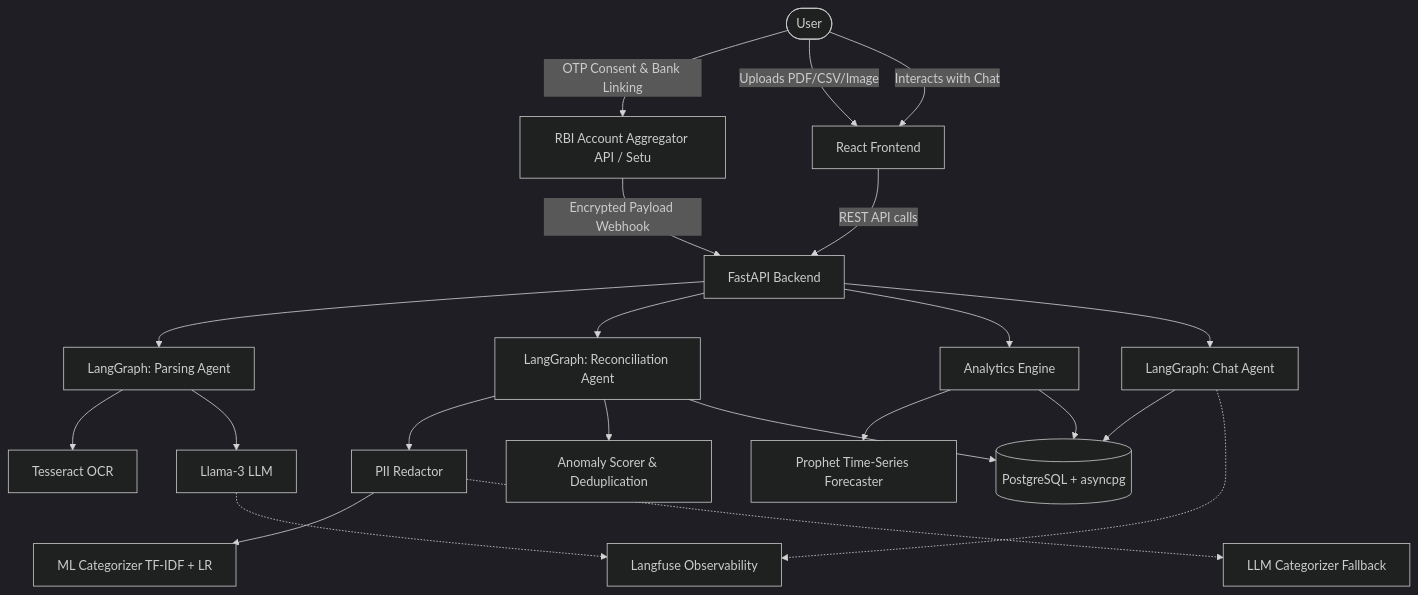
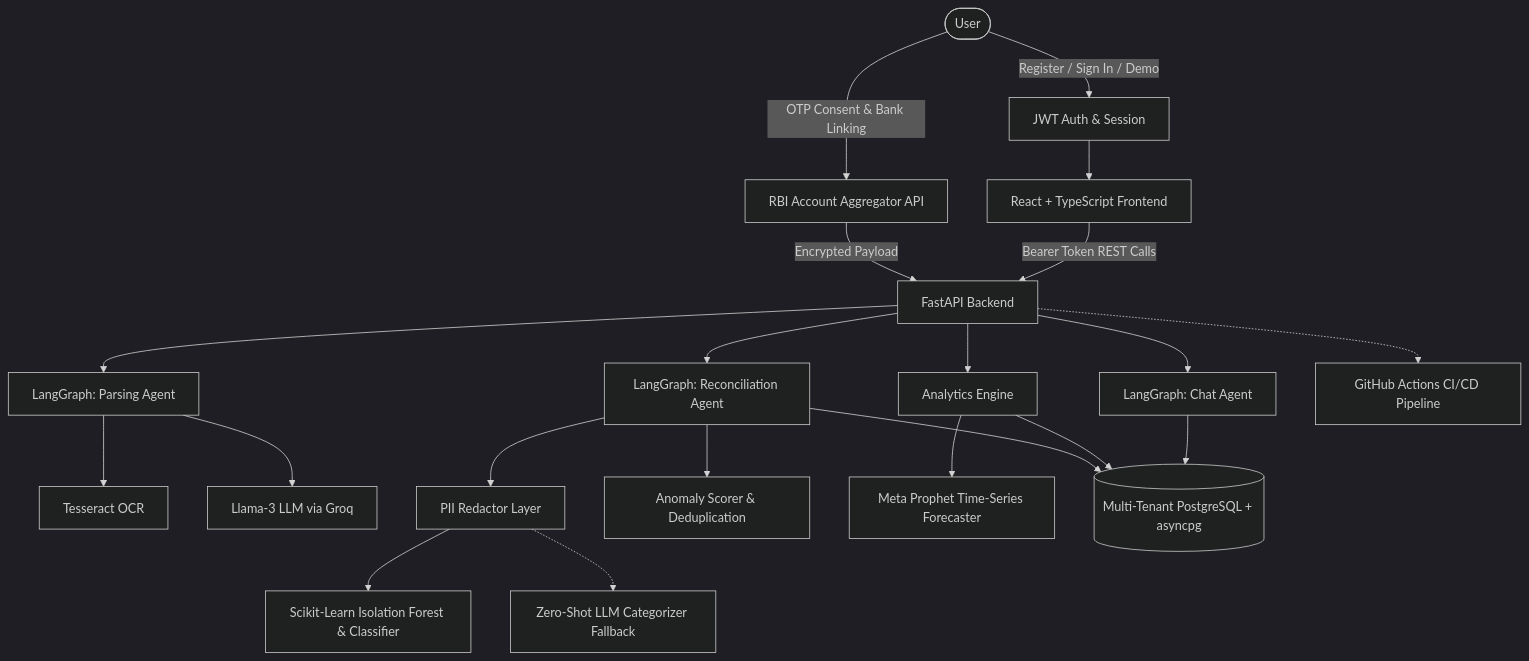
The diagram in README.md (keerthika2004/Personal-finance-assistant), drawn with Mermaid (dark theme) before and after one commit. The commit also changed other lines of this file and 21 other files, not shown here.

Commit message:
feat: add multi-tenant auth, CI/CD pipeline, and update README

````diff
--- a/README.md
+++ b/README.md
@@ -55,37 +76,36 @@
 ```mermaid
 graph TD
-    %% User Interfaces & Bank Sync
-    User([User]) -->|OTP Consent & Bank Linking| AA[RBI Account Aggregator API / Setu]
-    User -->|Uploads PDF/CSV/Image| UI[React Frontend]
-    User -->|Interacts with Chat| UI
+    %% User Interfaces & Auth
+    User([User]) -->|Register / Sign In / Demo| Auth[JWT Auth & Session]
+    Auth --> UI[React + TypeScript Frontend]
+    User -->|OTP Consent & Bank Linking| AA[RBI Account Aggregator API]
     
     %% Backend APIs
-    AA -->|Encrypted Payload Webhook| API[FastAPI Backend]
-    UI -->|REST API calls| API
+    AA -->|Encrypted Payload| API[FastAPI Backend]
+    UI -->|Bearer Token REST Calls| API
     
     %% Parsing & Processing
     API --> ParseGraph[LangGraph: Parsing Agent]
     ParseGraph --> OCR[Tesseract OCR]
-    ParseGraph --> ParseLLM[Llama-3 LLM]
+    ParseGraph --> ParseLLM[Llama-3 LLM via Groq]
     
     %% Reconciliation & ML
     API --> ReconGraph[LangGraph: Reconciliation Agent]
-    ReconGraph --> PII[PII Redactor]
-    PII --> ML[ML Categorizer TF-IDF + LR]
-    PII -.-> LLMCat[LLM Categorizer Fallback]
+    ReconGraph --> PII[PII Redactor Layer]
+    PII --> ML[Scikit-Learn Isolation Forest & Classifier]
+    PII -.-> LLMCat[Zero-Shot LLM Categorizer Fallback]
     ReconGraph --> Anomaly[Anomaly Scorer & Deduplication]
     
     %% Analytics & Forecasting
     API --> Analytics[Analytics Engine]
-    Analytics --> Prophet[Prophet Time-Series Forecaster]
+    Analytics --> Prophet[Meta Prophet Time-Series Forecaster]
     
     %% Chat 
     API --> ChatGraph[LangGraph: Chat Agent]
     
-    %% Storage & Observability
-    ReconGraph --> DB[(PostgreSQL + asyncpg)]
+    %% Storage & CI/CD
+    ReconGraph --> DB[(Multi-Tenant PostgreSQL + asyncpg)]
     Analytics --> DB
     ChatGraph --> DB
-    ParseLLM -.-> Langfuse[Langfuse Observability]
-    ChatGraph -.-> Langfuse
+    API -.-> CI[GitHub Actions CI/CD Pipeline]
 ```
````
